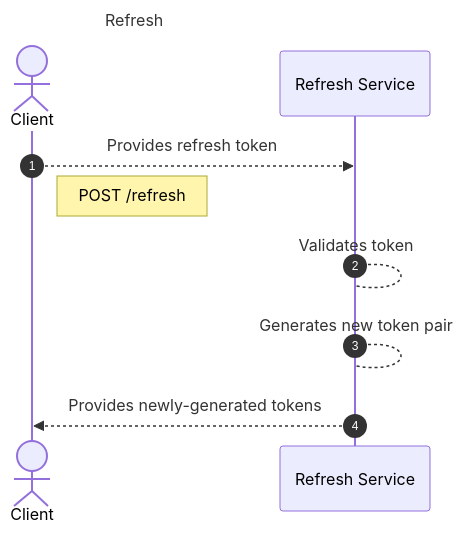
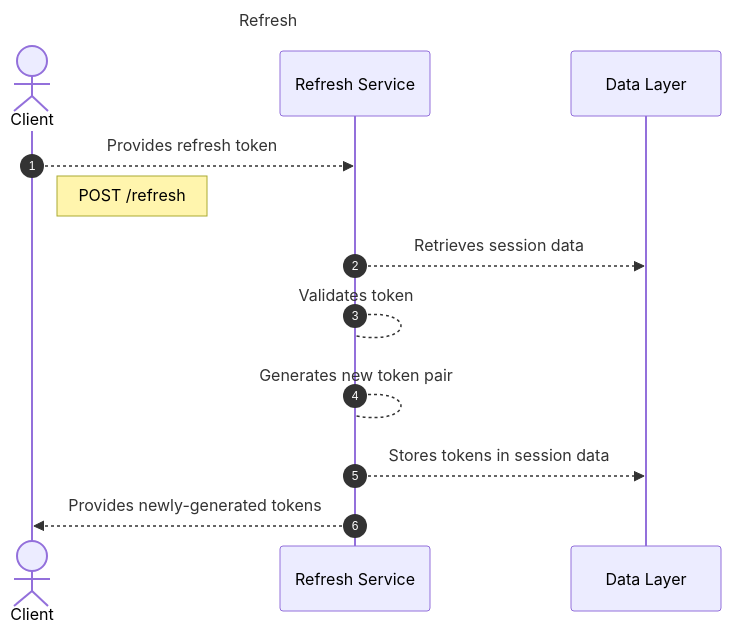
The third of 4 diagrams in README.md (dickdavis/oauth-flow-demo), drawn with Mermaid before and after one commit. The commit also changed other lines of this file, not shown here.

Commit message:
Add data layer to diagrams

````diff
--- a/README.md
+++ b/README.md
@@ -66,16 +70,19 @@
 ```mermaid
 ---
 title: Refresh
 ---
 sequenceDiagram
 autonumber
 
 actor Client
 participant Refresh Service
+participant Data Layer
 
 Client-->>Refresh Service: Provides refresh token
 Note right of Client: POST /refresh
+Refresh Service-->>Data Layer: Retrieves session data
 Refresh Service-->Refresh Service: Validates token
 Refresh Service-->Refresh Service: Generates new token pair
+Refresh Service-->>Data Layer: Stores tokens in session data
 Refresh Service-->>Client: Provides newly-generated tokens
 ```
````
